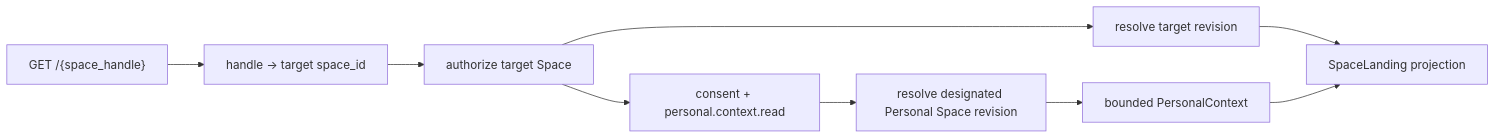
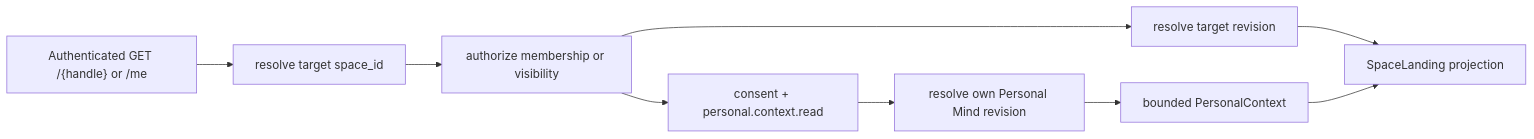
The diagram in docs/specs/personalized-opening.md (xxsrez/MindDiary), drawn with Mermaid before and after one commit. The commit also changed other lines of this file and 19 other files, not shown here.

````diff
--- a/docs/specs/personalized-opening.md
+++ b/docs/specs/personalized-opening.md
@@ -127,14 +137,14 @@
 ```mermaid
 flowchart LR
-    Request["GET /{space_handle}"]
-    Resolver["handle -> target space_id"]
-    TargetAuth["authorize target Space"]
+    Request["Authenticated GET /{handle} or /me"]
+    Resolver["resolve target space_id"]
+    TargetAuth["authorize membership or visibility"]
     TargetRevision["resolve target revision"]
     PersonalPolicy["consent + personal.context.read"]
-    PersonalRevision["resolve designated Personal Space revision"]
+    PersonalRevision["resolve own Personal Mind revision"]
     Context["bounded PersonalContext"]
     Landing["SpaceLanding projection"]
 
     Request --> Resolver --> TargetAuth --> TargetRevision --> Landing
     TargetAuth --> PersonalPolicy --> PersonalRevision --> Context --> Landing
 ```
````
